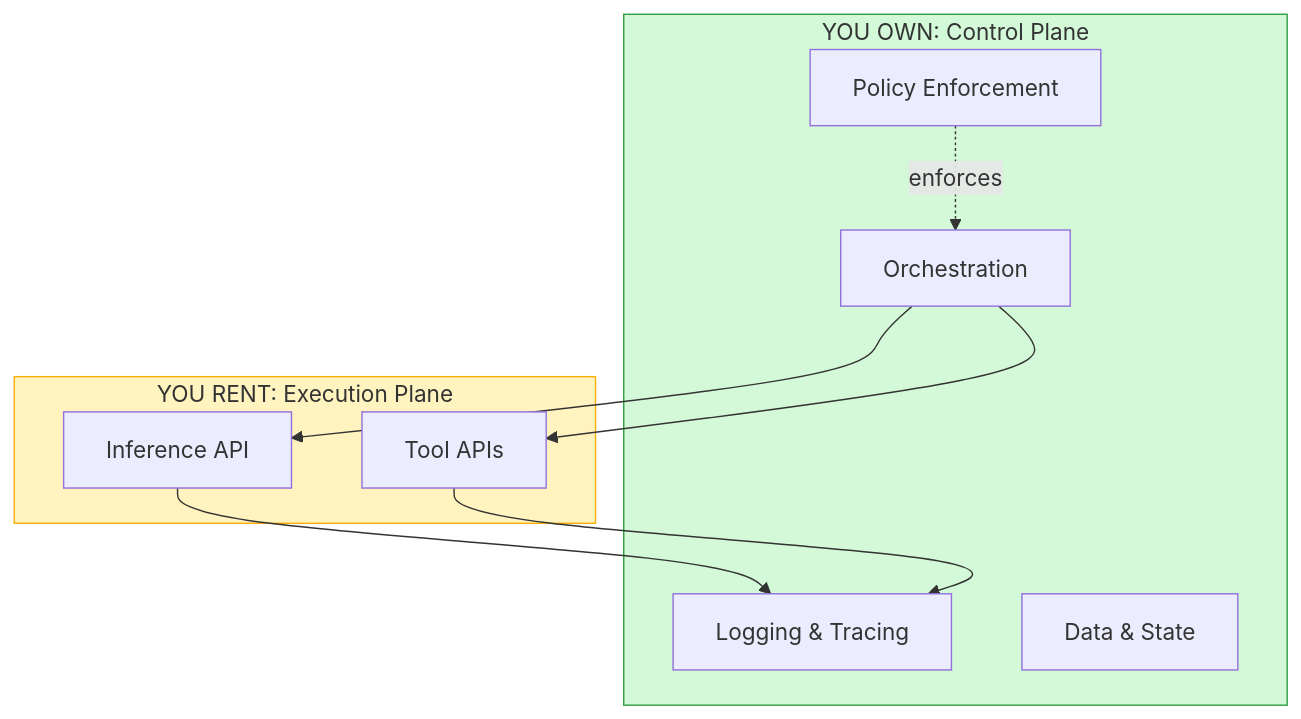
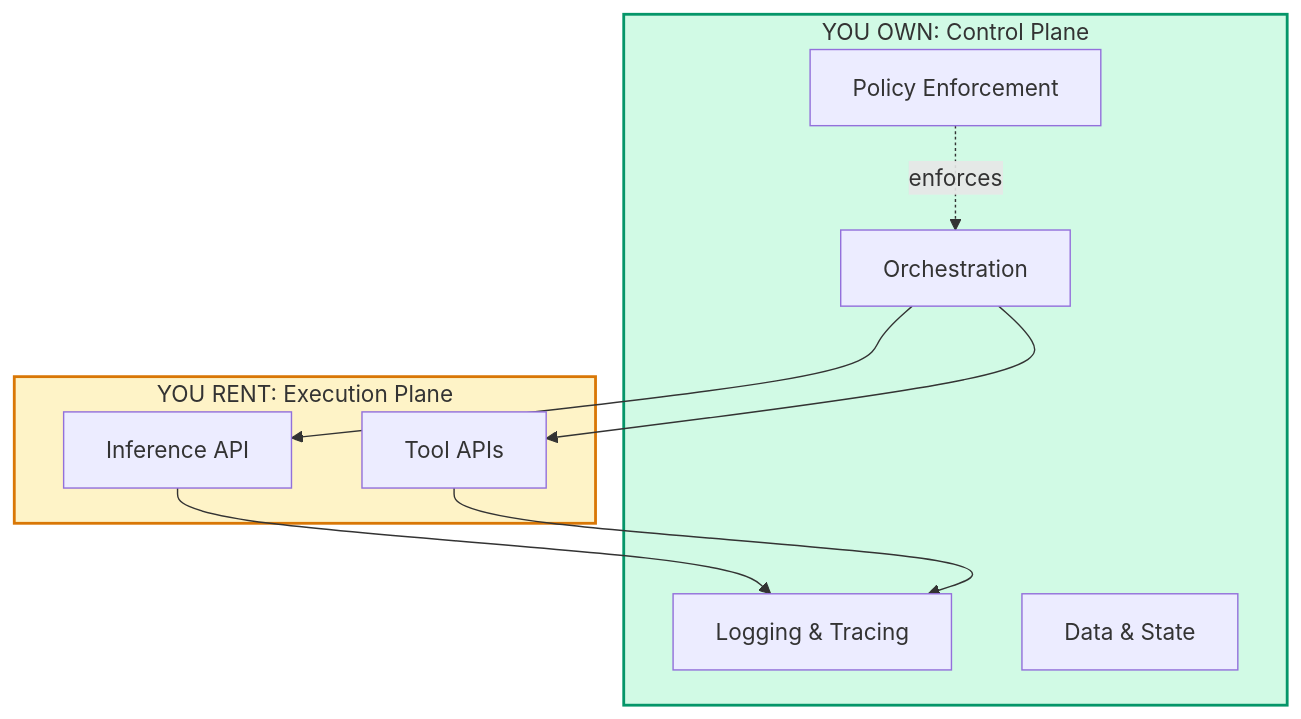
The diagram in 02-architecture/control-plane-ownership.md (whoisrade/agentic-field-manual), drawn with Mermaid before and after one commit. The commit also changed 18 other files, not shown here.

Commit message:
refine mermaid diagrams with enterprise color palette

````diff
--- a/02-architecture/control-plane-ownership.md
+++ b/02-architecture/control-plane-ownership.md
@@ -118,23 +118,23 @@
 ```mermaid
 flowchart TB
     subgraph Owned["YOU OWN: Control Plane"]
-        O1[Orchestration]
-        O2[Logging & Tracing]
-        O3[Policy Enforcement]
-        O4[Data & State]
+        O1["Orchestration"]
+        O2["Logging & Tracing"]
+        O3["Policy Enforcement"]
+        O4["Data & State"]
     end
     
     subgraph Rented["YOU RENT: Execution Plane"]
-        R1[Inference API]
-        R2[Tool APIs]
+        R1["Inference API"]
+        R2["Tool APIs"]
     end
     
     O1 --> R1
     O1 --> R2
     R1 --> O2
     R2 --> O2
-    O3 -.->|enforces| O1
+    O3 -.->|"enforces"| O1
     
-    style Owned fill:#d3f9d8,stroke:#2f9e44
-    style Rented fill:#fff3bf,stroke:#fab005
+    style Owned fill:#d1fae5,stroke:#059669,stroke-width:2px
+    style Rented fill:#fef3c7,stroke:#d97706,stroke-width:2px
 ```
````
